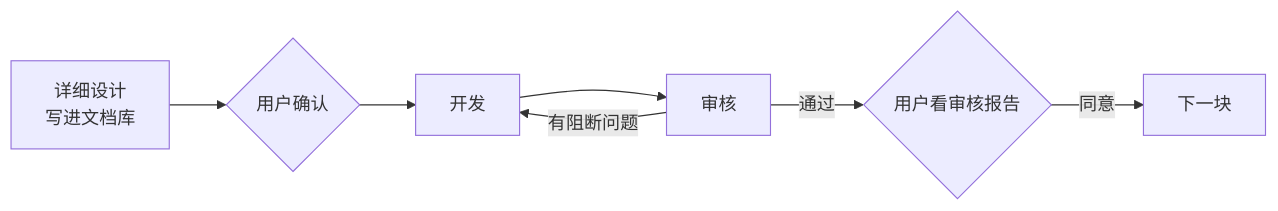
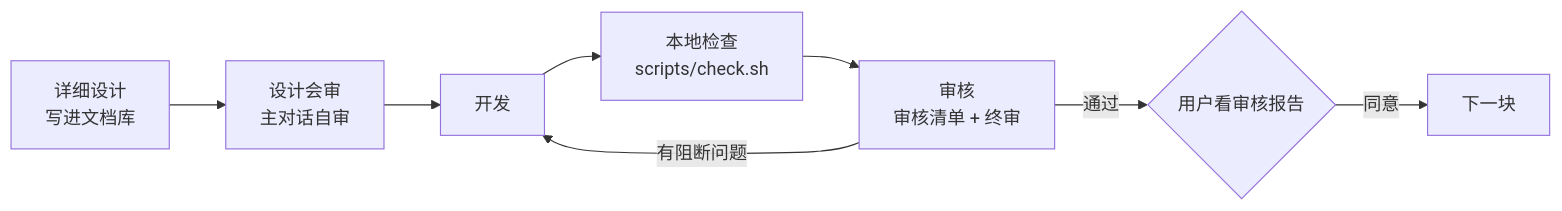
One commit to LeXwDeX/DevOps-Agent changed the first of 2 diagrams in docs/50-engineering/54-phases-and-acceptance.md. Above: the diagram before and after it, drawn with Mermaid. The commit also changed other lines of this file and 8 other files, not shown here.

````diff
--- a/docs/50-engineering/54-phases-and-acceptance.md
+++ b/docs/50-engineering/54-phases-and-acceptance.md
@@ -25,9 +25,10 @@
 ```mermaid
 flowchart LR
-    D[详细设计<br/>写进文档库] --> C{用户确认}
+    D[详细设计<br/>写进文档库] --> C[设计会审<br/>主对话自审]
     C --> B[开发]
-    B --> R[审核]
+    B --> K[本地检查<br/>scripts/check.sh]
+    K --> R[审核<br/>审核清单 + 终审]
     R -- 有阻断问题 --> B
     R -- 通过 --> U{用户看审核报告}
     U -- 同意 --> N[下一块]
 ```
````
